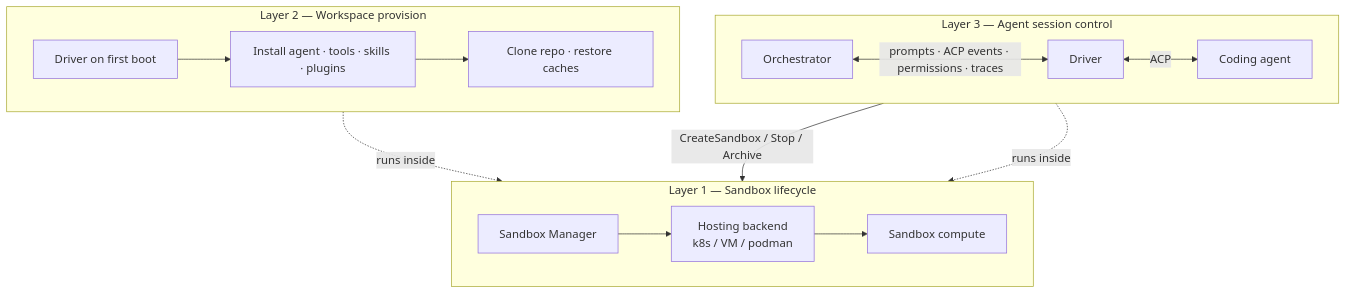
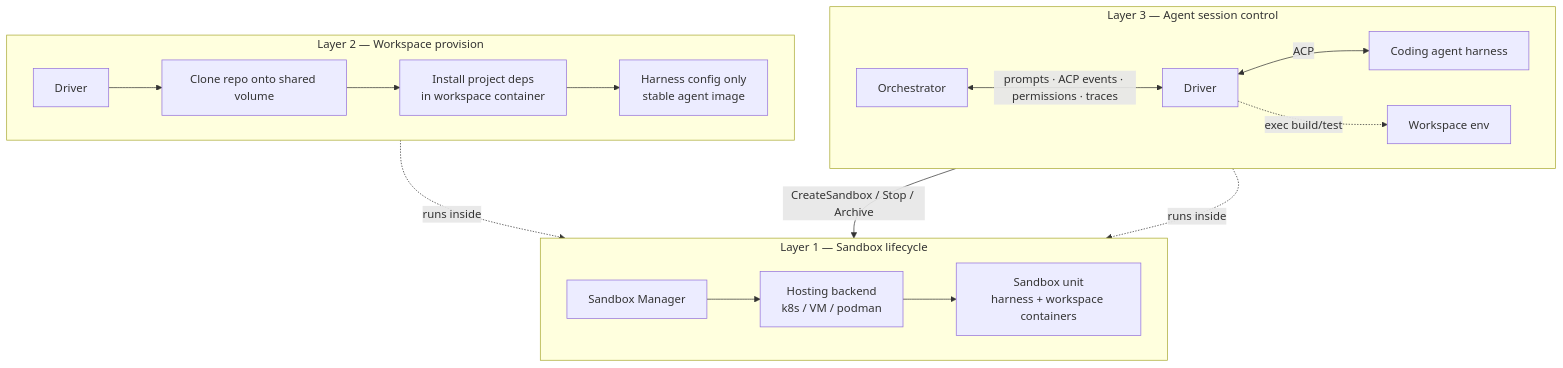
One commit to OmChillure/fleet changed the diagram in docs/architecture/diagrams/layers.mmd. Above: the diagram before and after it, drawn with Mermaid. The commit also changed 70 other files, not shown here.

First line of the commit message:
feat(fleet-driver): per-task sandbox lab with OpenCode and Pi harnesses

```diff
--- a/docs/architecture/diagrams/layers.mmd
+++ b/docs/architecture/diagrams/layers.mmd
@@ -1,23 +1,25 @@
-%% Three orchestration layers
+%% Three orchestration layers (+ harness vs workspace inside sandbox)
 flowchart TB
   subgraph L3["Layer 3 — Agent session control"]
     direction LR
     ORC[Orchestrator] <-->|prompts · ACP events · permissions · traces| DRV[Driver]
-    DRV <-->|ACP| AGENT[Coding agent]
+    DRV <-->|ACP| AGENT[Coding agent harness]
+    DRV -.->|exec build/test| WSENV[Workspace env]
   end
 
   subgraph L2["Layer 2 — Workspace provision"]
     direction LR
-    DRV2[Driver on first boot] --> INST[Install agent · tools · skills · plugins]
-    INST --> CLONE[Clone repo · restore caches]
+    DRV2[Driver] --> CLONE[Clone repo onto shared volume]
+    CLONE --> DEPS[Install project deps<br/>in workspace container]
+    DEPS --> HCFG[Harness config only<br/>stable agent image]
   end
 
   subgraph L1["Layer 1 — Sandbox lifecycle"]
     direction LR
     SM[Sandbox Manager] --> HOST[Hosting backend<br/>k8s / VM / podman]
-    HOST --> BOX[Sandbox compute]
+    HOST --> BOX[Sandbox unit<br/>harness + workspace containers]
   end
 
   L3 -.->|runs inside| L1
   L2 -.->|runs inside| L1
   ORC -->|CreateSandbox / Stop / Archive| SM
```
